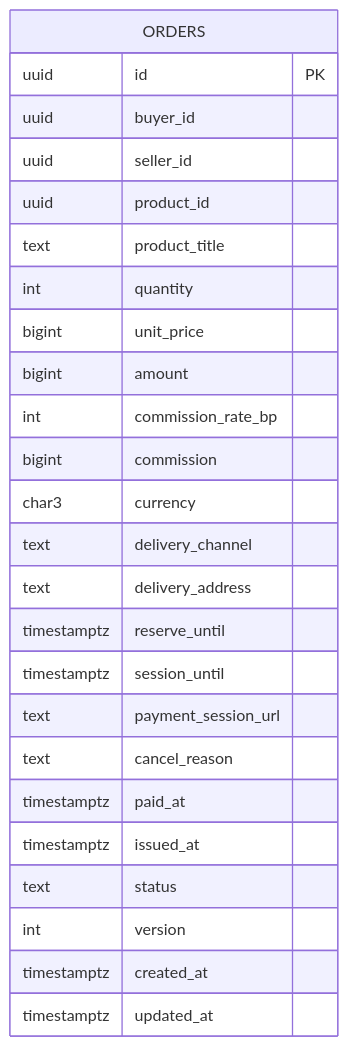
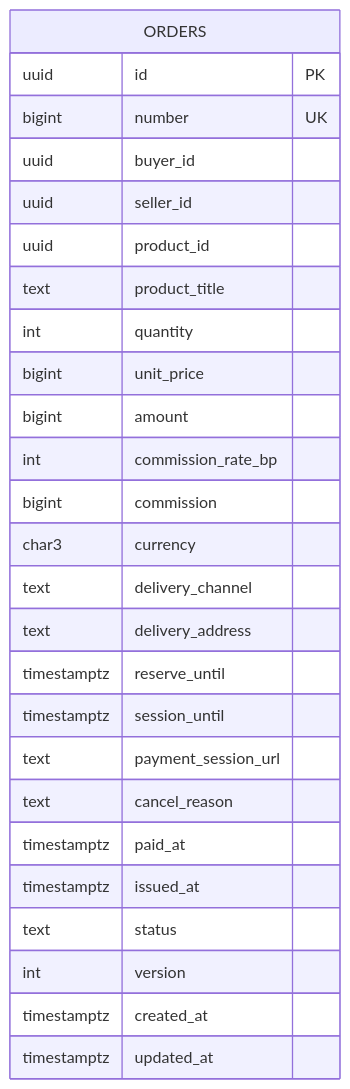
One commit to Lapin143/digital-goods-marketplace changed the diagram in docs/07-data/order-service-schema.md. Above: the diagram before and after it, drawn with Mermaid. The commit also changed other lines of this file and 41 other files, not shown here.

First line of the commit message:
feat(contracts): решения v1.6 внесены в схему и контракты: номер заказа (orders.number, orderNumber в API и событиях), параметр orders.max-unpaid, ошибка unpaid-orders-limit (39 типов); модель угроз, роли, SEQ, отчёт Ф3 закрывают замечания v1.6

````diff
--- a/docs/07-data/order-service-schema.md
+++ b/docs/07-data/order-service-schema.md
@@ -17,28 +17,29 @@
 ```mermaid
 erDiagram
     ORDERS {
         uuid id PK
+        bigint number UK
         uuid buyer_id
         uuid seller_id
         uuid product_id
         text product_title
         int quantity
         bigint unit_price
         bigint amount
         int commission_rate_bp
         bigint commission
         char3 currency
         text delivery_channel
         text delivery_address
         timestamptz reserve_until
         timestamptz session_until
         text payment_session_url
         text cancel_reason
         timestamptz paid_at
         timestamptz issued_at
         text status
         int version
         timestamptz created_at
         timestamptz updated_at
     }
 ```
````
